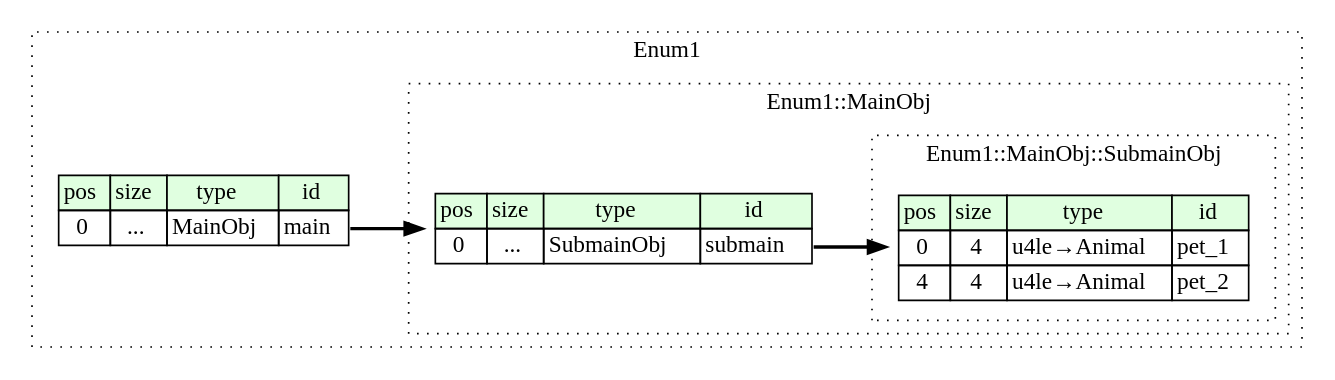
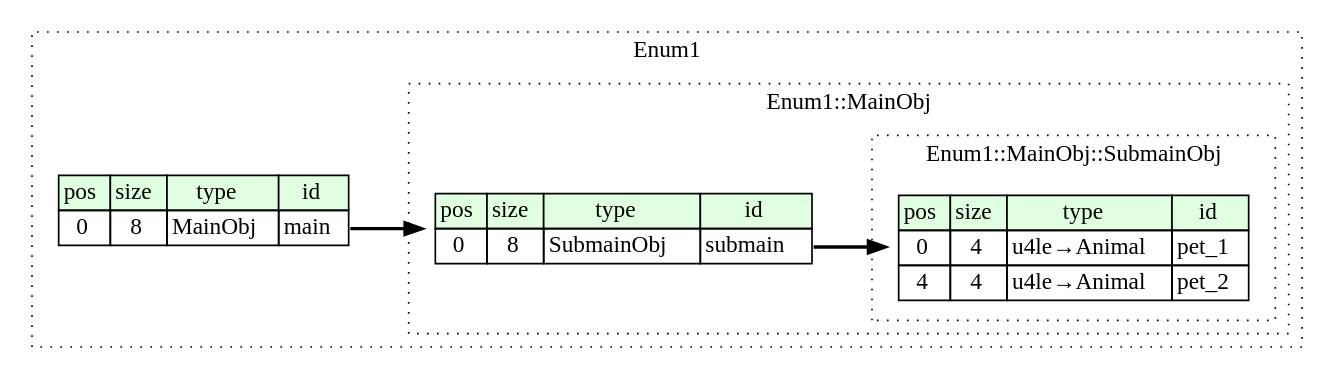
The diagram in compiled/graphviz/enum_1.dot (kaitai-io/ci_targets), drawn with Graphviz before and after one commit. The commit also changed 45 other files, not shown here.

```diff
--- a/compiled/graphviz/enum_1.dot
+++ b/compiled/graphviz/enum_1.dot
@@ -1,34 +1,34 @@
 digraph {
 	rankdir=LR;
 	node [shape=plaintext];
 	subgraph cluster__enum_1 {
 		label="Enum1";
 		graph[style=dotted];
 
 		enum_1__seq [label=<<TABLE BORDER="0" CELLBORDER="1" CELLSPACING="0">
 			<TR><TD BGCOLOR="#E0FFE0">pos</TD><TD BGCOLOR="#E0FFE0">size</TD><TD BGCOLOR="#E0FFE0">type</TD><TD BGCOLOR="#E0FFE0">id</TD></TR>
-			<TR><TD PORT="main_pos">0</TD><TD PORT="main_size">...</TD><TD>MainObj</TD><TD PORT="main_type">main</TD></TR>
+			<TR><TD PORT="main_pos">0</TD><TD PORT="main_size">8</TD><TD>MainObj</TD><TD PORT="main_type">main</TD></TR>
 		</TABLE>>];
 		subgraph cluster__main_obj {
 			label="Enum1::MainObj";
 			graph[style=dotted];
 
 			main_obj__seq [label=<<TABLE BORDER="0" CELLBORDER="1" CELLSPACING="0">
 				<TR><TD BGCOLOR="#E0FFE0">pos</TD><TD BGCOLOR="#E0FFE0">size</TD><TD BGCOLOR="#E0FFE0">type</TD><TD BGCOLOR="#E0FFE0">id</TD></TR>
-				<TR><TD PORT="submain_pos">0</TD><TD PORT="submain_size">...</TD><TD>SubmainObj</TD><TD PORT="submain_type">submain</TD></TR>
+				<TR><TD PORT="submain_pos">0</TD><TD PORT="submain_size">8</TD><TD>SubmainObj</TD><TD PORT="submain_type">submain</TD></TR>
 			</TABLE>>];
 			subgraph cluster__submain_obj {
 				label="Enum1::MainObj::SubmainObj";
 				graph[style=dotted];
 
 				submain_obj__seq [label=<<TABLE BORDER="0" CELLBORDER="1" CELLSPACING="0">
 					<TR><TD BGCOLOR="#E0FFE0">pos</TD><TD BGCOLOR="#E0FFE0">size</TD><TD BGCOLOR="#E0FFE0">type</TD><TD BGCOLOR="#E0FFE0">id</TD></TR>
 					<TR><TD PORT="pet_1_pos">0</TD><TD PORT="pet_1_size">4</TD><TD>u4le→Animal</TD><TD PORT="pet_1_type">pet_1</TD></TR>
 					<TR><TD PORT="pet_2_pos">4</TD><TD PORT="pet_2_size">4</TD><TD>u4le→Animal</TD><TD PORT="pet_2_type">pet_2</TD></TR>
 				</TABLE>>];
 			}
 		}
 	}
 	enum_1__seq:main_type -> main_obj__seq [style=bold];
 	main_obj__seq:submain_type -> submain_obj__seq [style=bold];
 }
```
